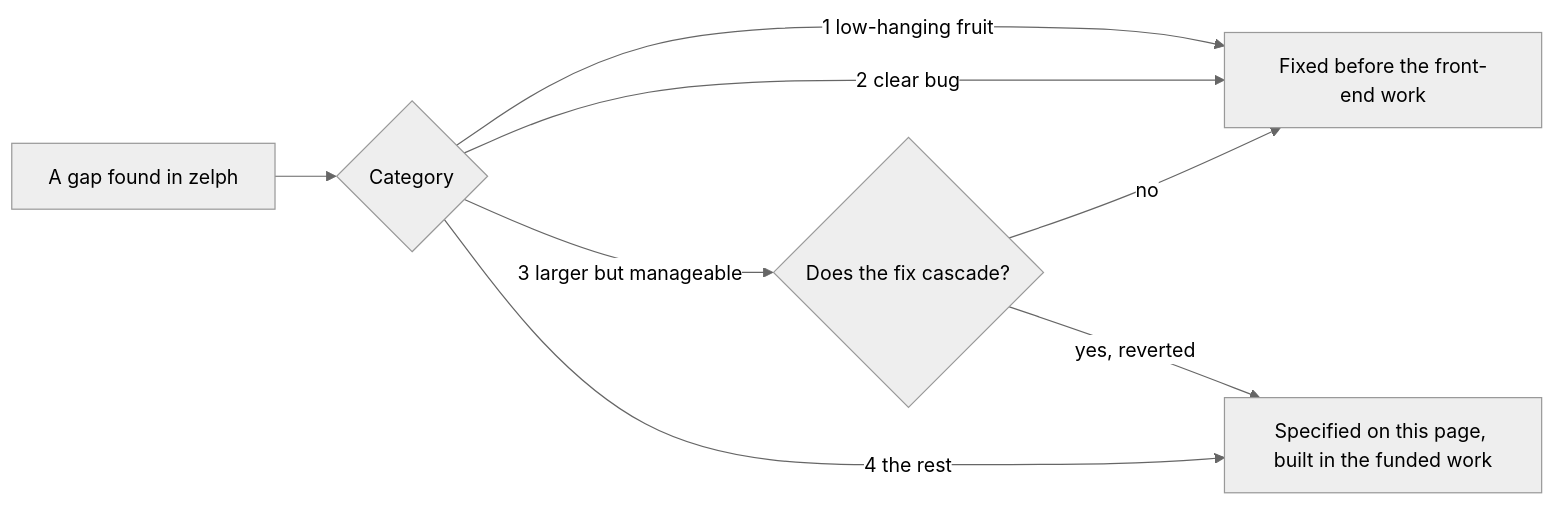
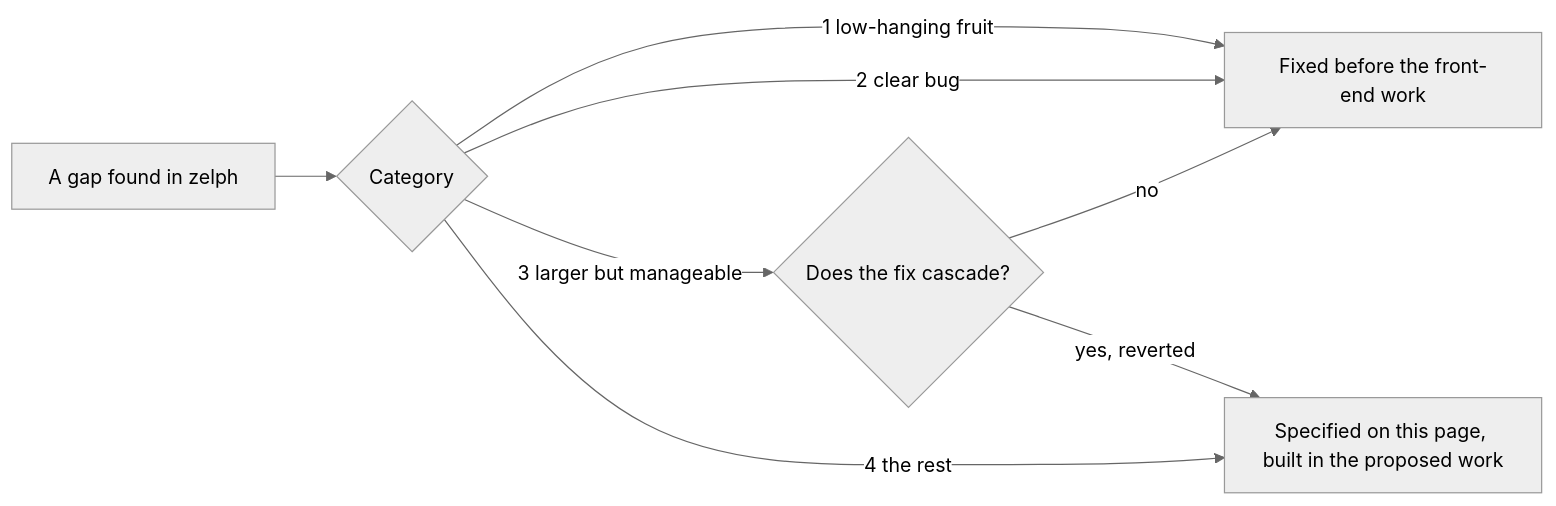
The diagram in mkdocs/docs/ace-spec/prerequisites.md (acrion/zelph), drawn with Mermaid (neutral theme) before and after one commit. The commit also changed other lines of this file and 9 other files, not shown here.

````diff
--- a/mkdocs/docs/ace-spec/prerequisites.md
+++ b/mkdocs/docs/ace-spec/prerequisites.md
@@ -37,10 +37,10 @@
 ```mermaid
 flowchart LR
     G[A gap found in zelph] --> Q{Category}
     Q -->|1 low-hanging fruit| F[Fixed before the front-end work]
     Q -->|2 clear bug| F
     Q -->|3 larger but manageable| C{Does the fix cascade?}
     C -->|no| F
-    C -->|yes, reverted| S[Specified on this page, built in the funded work]
+    C -->|yes, reverted| S[Specified on this page, built in the proposed work]
     Q -->|4 the rest| S
 ```
````
